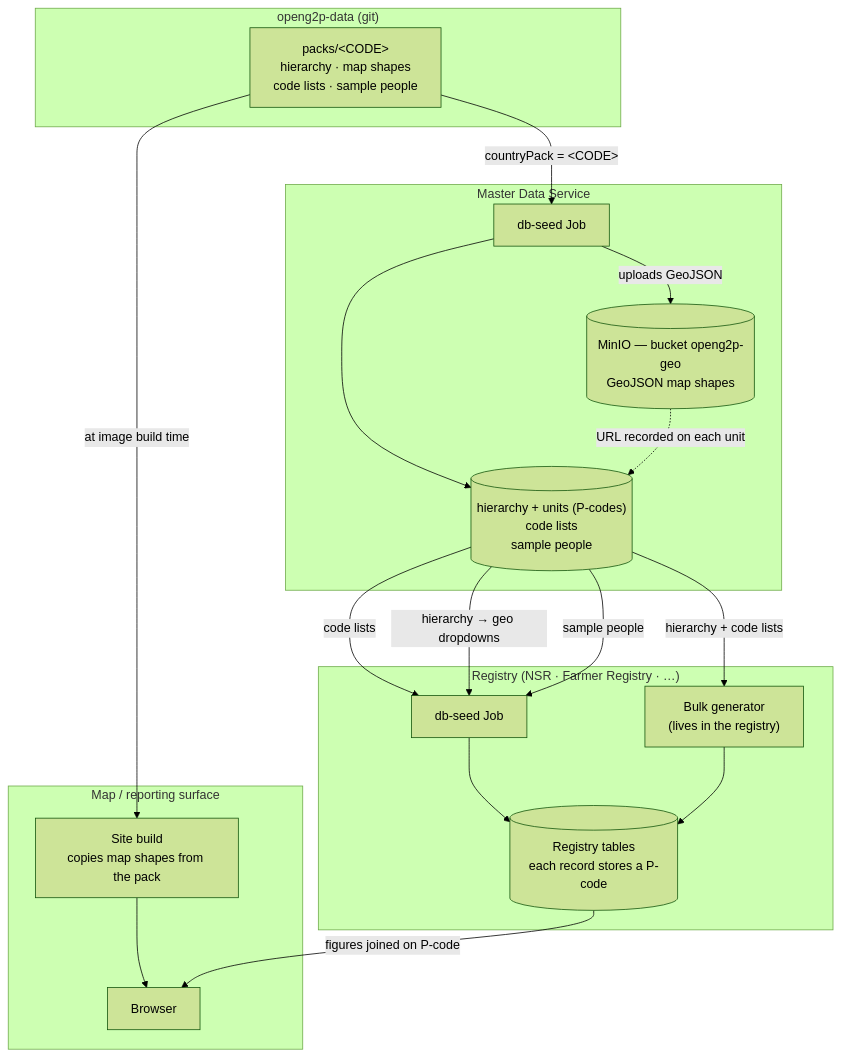
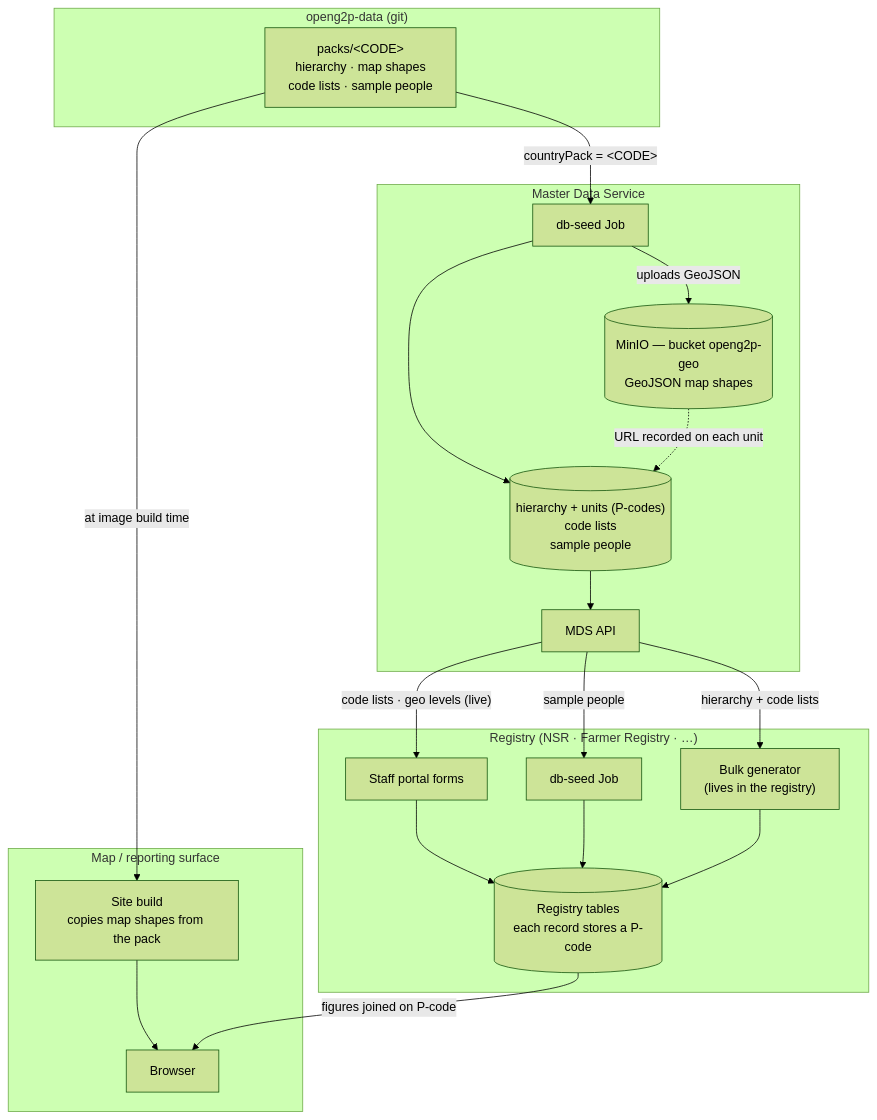
Before and after one commit to OpenG2P/openg2p-documentation: the diagram in platform/country-data-architecture.md, drawn with Mermaid (forest theme). The commit also changed other lines of this file and 15 other files, not shown here.

Commit message:
G2P-5719 Registries read Master Data only via its API: drop loadGeoData/syncGeoWidgets, runtime geo levels, mds_client seeding; open items

````diff
--- a/platform/country-data-architecture.md
+++ b/platform/country-data-architecture.md
@@ -182,40 +182,43 @@
 ```mermaid
 flowchart TB
     subgraph data ["openg2p-data (git)"]
         PACK["packs/&lt;CODE&gt;<br/>hierarchy · map shapes<br/>code lists · sample people"]
     end
 
     subgraph mds ["Master Data Service"]
         SEED["db-seed Job"]
         MDSDB[("hierarchy + units (P-codes)<br/>code lists<br/>sample people")]
+        API["MDS API"]
         OBJ[("MinIO — bucket openg2p-geo<br/>GeoJSON map shapes")]
     end
 
     subgraph reg ["Registry (NSR · Farmer Registry · …)"]
         RSEED["db-seed Job"]
         RDB[("Registry tables<br/>each record stores a P-code")]
         BULK["Bulk generator<br/>(lives in the registry)"]
+        FORMS["Staff portal forms"]
     end
 
     subgraph maps ["Map / reporting surface"]
         BUILD["Site build<br/>copies map shapes from the pack"]
         BROWSER["Browser"]
     end
 
     PACK -->|"countryPack = &lt;CODE&gt;"| SEED
     SEED --> MDSDB
     SEED -->|"uploads GeoJSON"| OBJ
     OBJ -.->|"URL recorded on each unit"| MDSDB
 
-    MDSDB -->|"code lists"| RSEED
-    MDSDB -->|"hierarchy → geo dropdowns"| RSEED
-    MDSDB -->|"sample people"| RSEED
+    MDSDB --> API
+    API -->|"code lists · geo levels (live)"| FORMS
+    FORMS --> RDB
+    API -->|"sample people"| RSEED
     RSEED --> RDB
 
-    MDSDB -->|"hierarchy + code lists"| BULK
+    API -->|"hierarchy + code lists"| BULK
     BULK --> RDB
 
     PACK -->|"at image build time"| BUILD
     BUILD --> BROWSER
     RDB -->|"figures joined on P-code"| BROWSER
 ```
````
